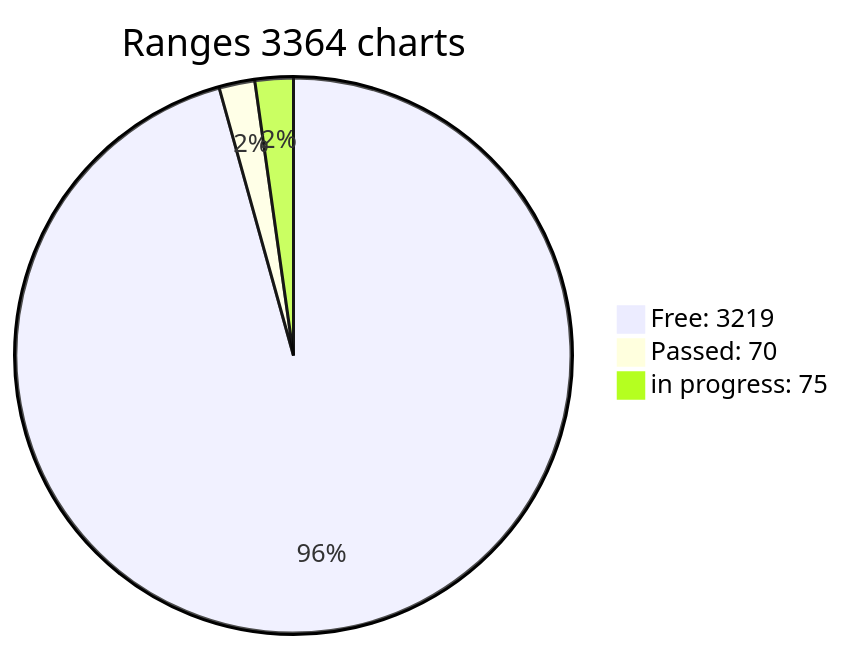
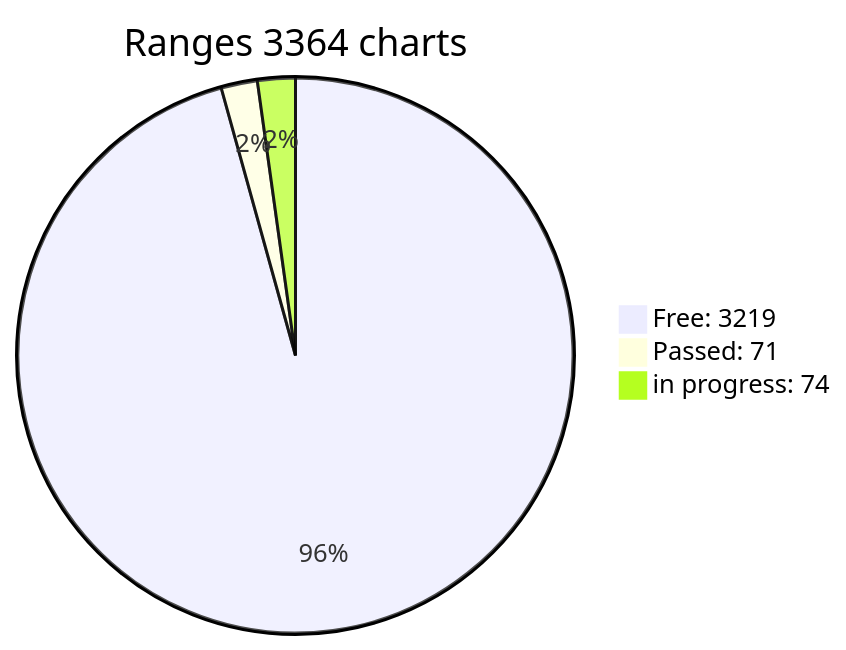
One commit to phrutis/wif500 changed the diagram in x64/Release/table.md. Above: the diagram before and after it, drawn with Mermaid. The commit also changed other lines of this file, not shown here.

````diff
--- a/x64/Release/table.md
+++ b/x64/Release/table.md
@@ -3,6 +3,6 @@
 ```mermaid
 pie title Ranges 3364 charts
 "Free: 3219" : 3219
-"Passed: 70" : 70
-"in progress: 75" : 75
+"Passed: 71" : 71
+"in progress: 74" : 74
 ``` 
````
